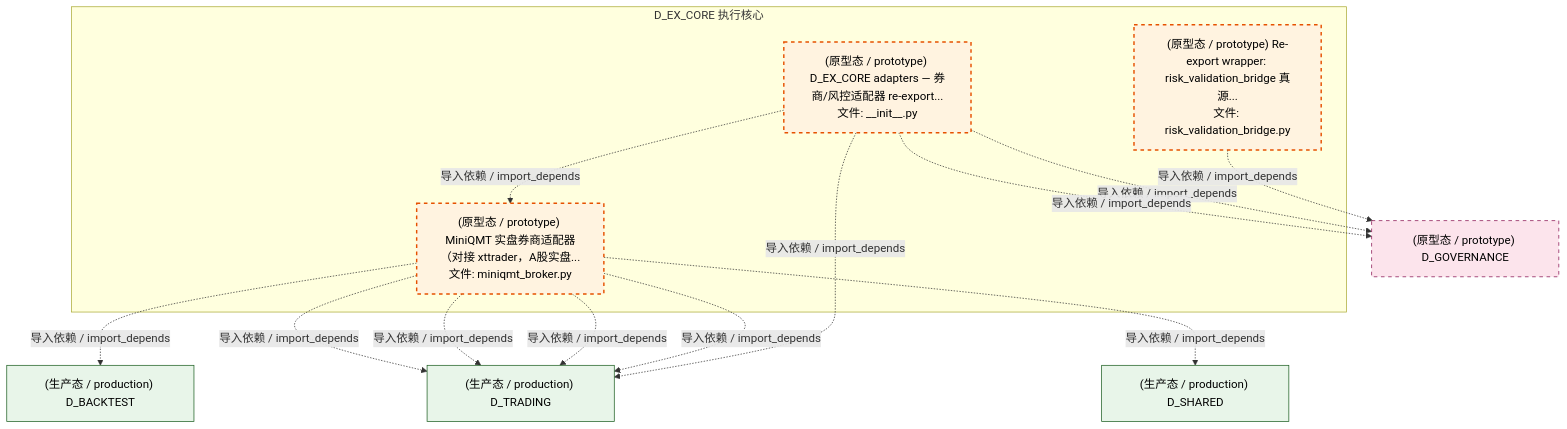
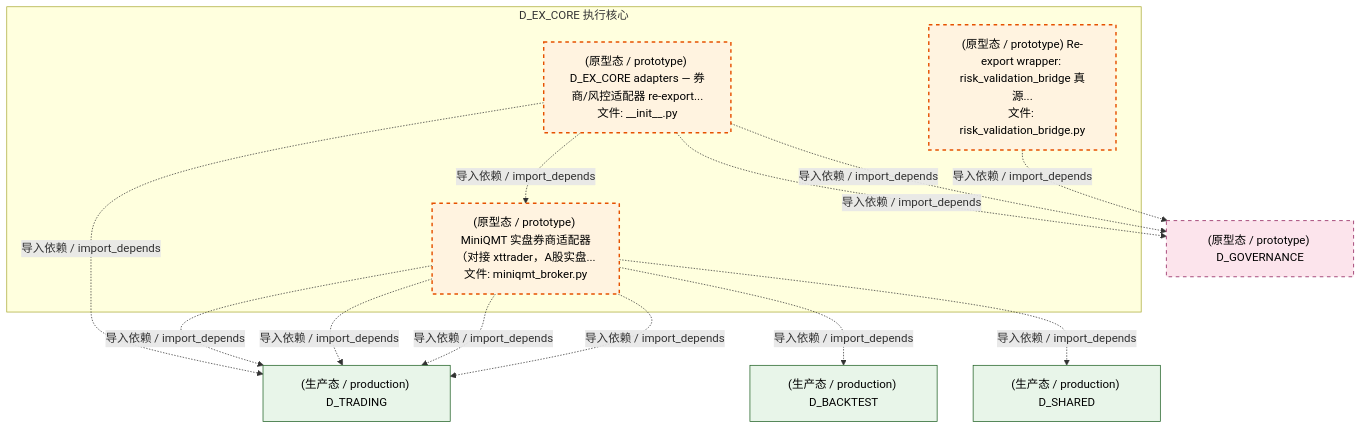
Before and after one commit to xuanFelixVan/ZephyrAlpha: the fourth of 5 diagrams in docs/02_enterprise_architecture/02_domain_architecture_docs/34_d_ex_core.md, drawn with Mermaid. The commit also changed other lines of this file and 99 other files, not shown here.

````diff
--- a/docs/02_enterprise_architecture/02_domain_architecture_docs/34_d_ex_core.md
+++ b/docs/02_enterprise_architecture/02_domain_architecture_docs/34_d_ex_core.md
@@ -184,30 +184,30 @@
 ```mermaid
 graph TD
     subgraph D_EX_CORE["D_EX_CORE 执行核心"]
         src_zephyr_ex_core_adapters_init_py["(原型态 / prototype) D_EX_CORE adapters — 券商/风控适配器 re-export...<br/>文件: __init__.py"]
         src_zephyr_ex_core_adapters_miniqmt_broker_py["(原型态 / prototype) MiniQMT 实盘券商适配器（对接 xttrader，A股实盘...<br/>文件: miniqmt_broker.py"]
         src_zephyr_ex_core_adapters_risk_validation_bridge_py["(原型态 / prototype) Re-export wrapper: risk_validation_bridge 真源...<br/>文件: risk_validation_bridge.py"]
     end
     src_zephyr_ex_core_adapters_init_py -.->|导入依赖 / import_depends| src_zephyr_ex_core_adapters_miniqmt_broker_py
-    D_GOVERNANCE["(原型态 / prototype) D_GOVERNANCE"]
-    src_zephyr_ex_core_adapters_risk_validation_bridge_py -.->|导入依赖 / import_depends| D_GOVERNANCE
-    src_zephyr_ex_core_adapters_init_py -.->|导入依赖 / import_depends| D_GOVERNANCE
     D_TRADING["(生产态 / production) D_TRADING"]
     src_zephyr_ex_core_adapters_init_py -.->|导入依赖 / import_depends| D_TRADING
+    D_GOVERNANCE["(原型态 / prototype) D_GOVERNANCE"]
     src_zephyr_ex_core_adapters_init_py -.->|导入依赖 / import_depends| D_GOVERNANCE
+    src_zephyr_ex_core_adapters_init_py -.->|导入依赖 / import_depends| D_GOVERNANCE
+    src_zephyr_ex_core_adapters_risk_validation_bridge_py -.->|导入依赖 / import_depends| D_GOVERNANCE
     src_zephyr_ex_core_adapters_miniqmt_broker_py -.->|导入依赖 / import_depends| D_TRADING
     D_BACKTEST["(生产态 / production) D_BACKTEST"]
     src_zephyr_ex_core_adapters_miniqmt_broker_py -.->|导入依赖 / import_depends| D_BACKTEST
     src_zephyr_ex_core_adapters_miniqmt_broker_py -.->|导入依赖 / import_depends| D_TRADING
     src_zephyr_ex_core_adapters_miniqmt_broker_py -.->|导入依赖 / import_depends| D_TRADING
+    src_zephyr_ex_core_adapters_miniqmt_broker_py -.->|导入依赖 / import_depends| D_TRADING
     D_SHARED["(生产态 / production) D_SHARED"]
     src_zephyr_ex_core_adapters_miniqmt_broker_py -.->|导入依赖 / import_depends| D_SHARED
-    src_zephyr_ex_core_adapters_miniqmt_broker_py -.->|导入依赖 / import_depends| D_TRADING
     classDef production fill:#e1f5fe,stroke:#01579b,stroke-width:2px,color:#000
     classDef design fill:#fff3e0,stroke:#e65100,stroke-width:2px,color:#000,stroke-dasharray: 5 5
     classDef external_prod fill:#e8f5e9,stroke:#1b5e20,stroke-width:1px,color:#000
     classDef external_design fill:#fce4ec,stroke:#880e4f,stroke-width:1px,color:#000,stroke-dasharray: 5 5
     class src_zephyr_ex_core_adapters_init_py,src_zephyr_ex_core_adapters_miniqmt_broker_py,src_zephyr_ex_core_adapters_risk_validation_bridge_py design
     class D_TRADING,D_BACKTEST,D_SHARED external_prod
     class D_GOVERNANCE external_design
 ```
````
